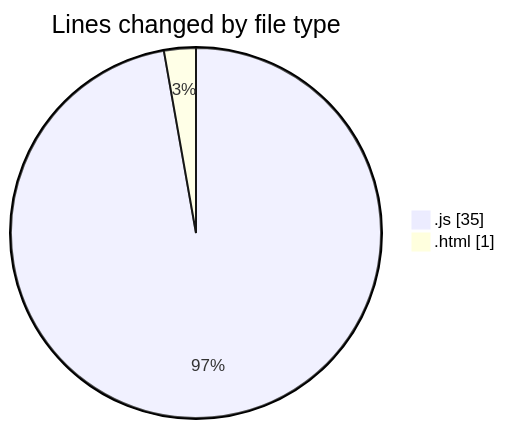
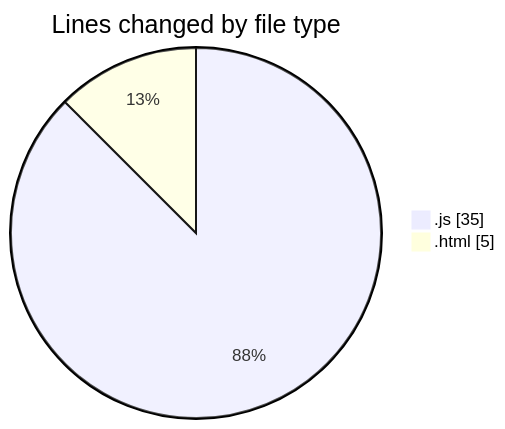
One commit to Ritupan-Deka/code-tracking changed the first of 2 diagrams in 2025-01-25/projects/README.md. Above: the diagram before and after it, drawn with Mermaid. The commit also changed other lines of this file and 1 other file, not shown here.

````diff
--- a/2025-01-25/projects/README.md
+++ b/2025-01-25/projects/README.md
@@ -21,6 +21,6 @@
 ```mermaid
 pie showData
 title Lines changed by file type
 ".js" : 35
-".html" : 1
+".html" : 5
 ```
````
